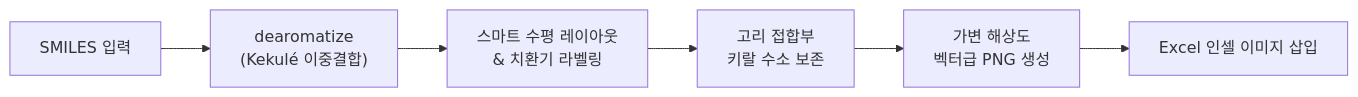
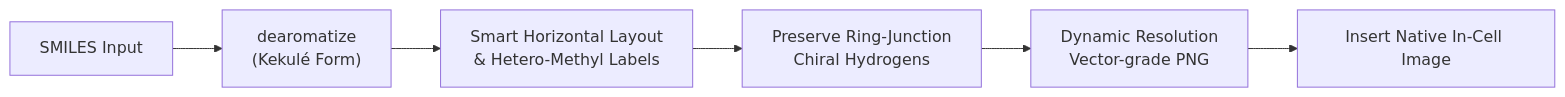
The first of 2 diagrams in README.md (naramdash/func_SMILES2IMG), drawn with Mermaid before and after one commit. The commit also changed other lines of this file and 4 other files, not shown here.

````diff
--- a/README.md
+++ b/README.md
@@ -289,8 +294,9 @@
 ```mermaid
 flowchart LR
-    A["SMILES 입력"] --> B["dearomatize<br>(Kekulé 이중결합)"]
-    B --> C["스마트 수평 레이아웃<br>& 치환기 라벨링"]
-    C --> D["고리 접합부<br>키랄 수소 보존"]
-    D --> E["가변 해상도<br>벡터급 PNG 생성"]
-    E --> F["Excel 인셀 이미지 삽입"]
+    A["SMILES Input"] --> B["dearomatize<br>(Kekulé Form)"]
+    B --> C["Smart Horizontal Layout<br>& Hetero-Methyl Labels"]
+    C --> D["Preserve Ring-Junction<br>Chiral Hydrogens"]
+    E["Insert Native In-Cell Image"]
+    D --> F["Dynamic Resolution<br>Vector-grade PNG"]
+    F --> E
 ```
````
